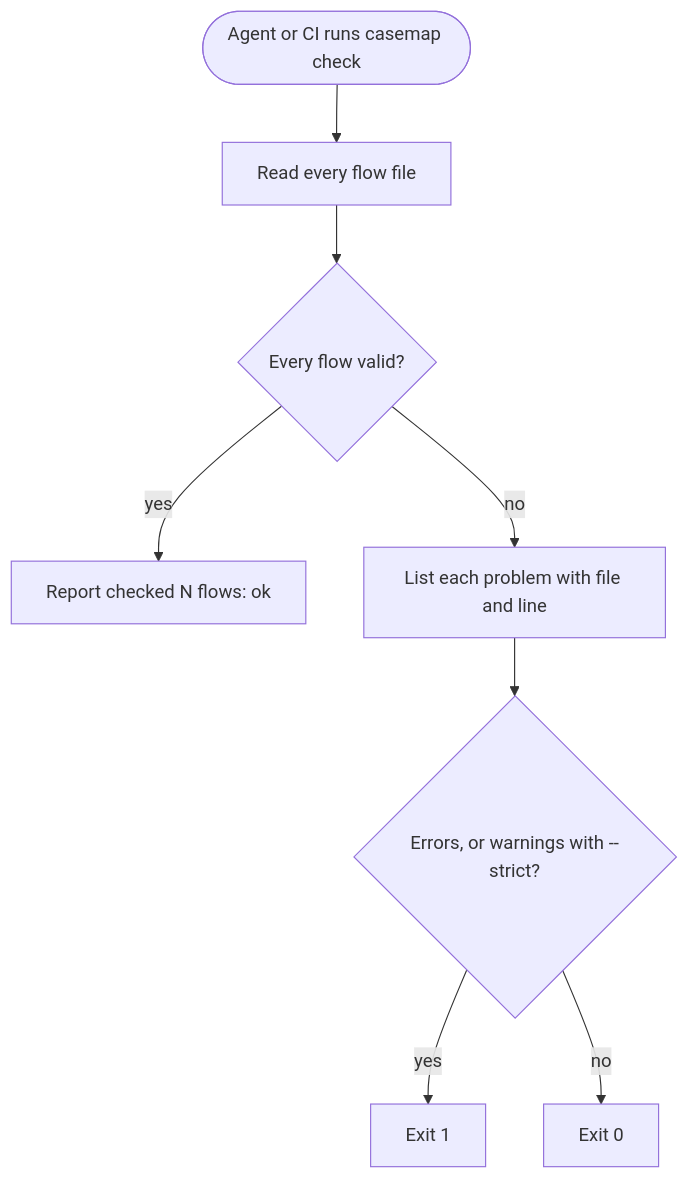
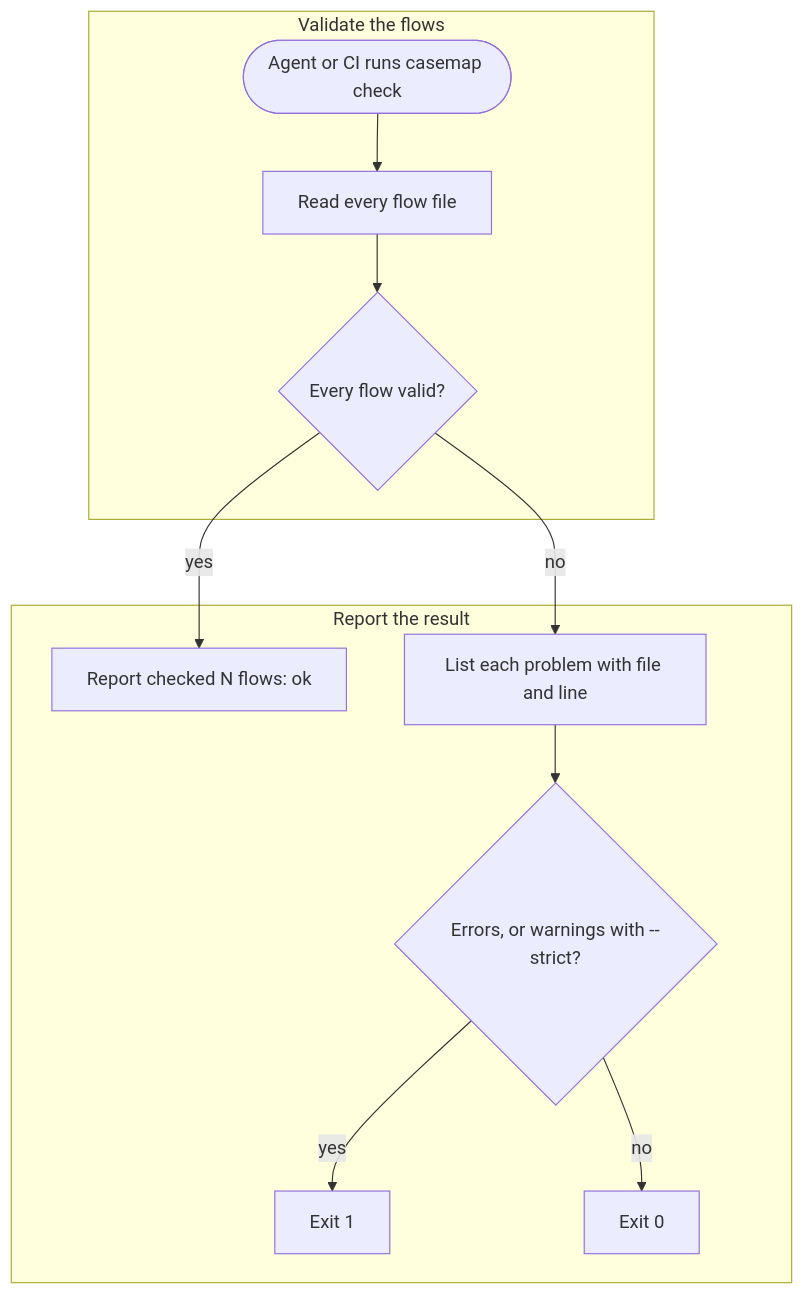
One commit to Ross-cripto/casemap changed the diagram in docs/flows/check-the-catalog.md. Above: the diagram before and after it, drawn with Mermaid. The commit also changed 178 other files, not shown here.

First line of the commit message:
feat!: draw use-case flows as images with sections, icons and jumps

````diff
--- a/docs/flows/check-the-catalog.md
+++ b/docs/flows/check-the-catalog.md
@@ -5,11 +5,22 @@
 ```mermaid
 flowchart TD
-    who([Agent or CI runs casemap check]) --> read[Read every flow file]
-    read --> rules{Every flow valid?}
-    rules -->|yes| ok[Report checked N flows: ok]
-    rules -->|no| report[List each problem with file and line]
-    report --> strict{Errors, or warnings with --strict?}
-    strict -->|yes| fail[Exit 1]
-    strict -->|no| pass[Exit 0]
+    subgraph validation [Validate the flows]
+        who([Agent or CI runs casemap check]) --> read[Read every flow file]
+        read --> rules{Every flow valid?}
+    end
+    subgraph outcome [Report the result]
+        ok[Report checked N flows: ok]
+        report[List each problem with file and line] --> strict{Errors, or warnings with --strict?}
+        strict -->|yes| fail[Exit 1]
+        strict -->|no| pass[Exit 0]
+    end
+    rules -->|yes| ok
+    rules -->|no| report
+    %% @icon who bot
+    %% @icon read file
+    %% @icon ok check
+    %% @icon report list
+    %% @icon fail x
+    %% @icon pass check
     %% @code rules src/check.rs src/anchors.rs
 ```
````
